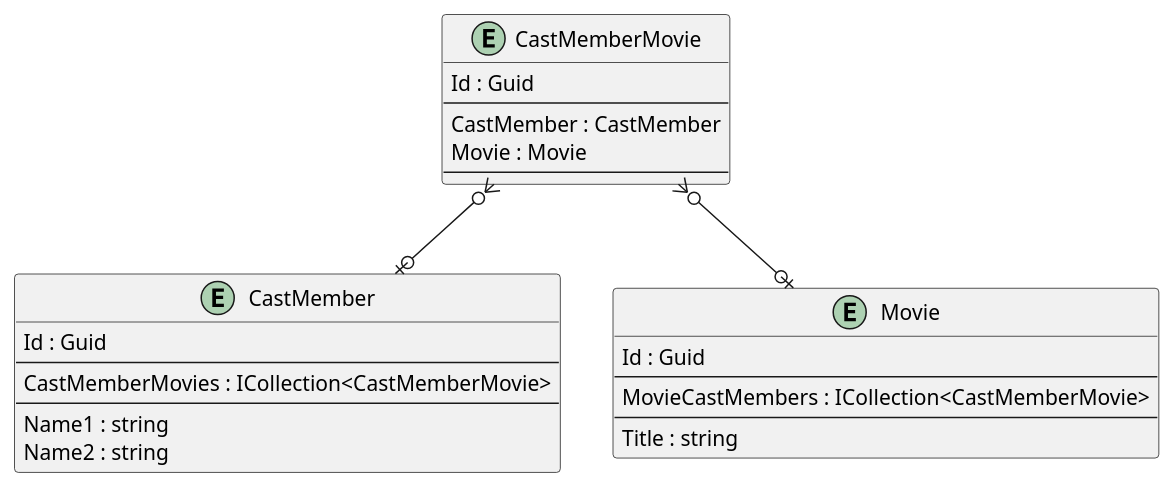
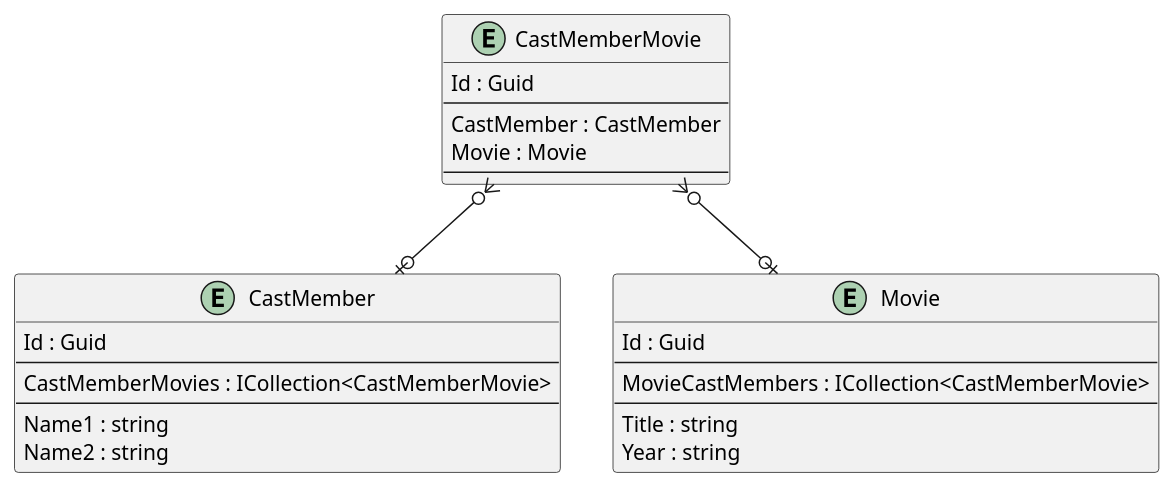
Before and after one commit to intrepion/BlazorWebAppMovies: the diagram in .docs/BlazorWebAppMovies.pu, drawn with PlantUML.

Commit message:
gawk -i inplace "{ gsub(/' MoviePropertyCodePlaceholder/, \"Year : string\n\ \ \ \ ' MoviePropertyCodePlaceholder\") }; { print }" .docs/BlazorWebAppMovies.pu

```diff
--- a/.docs/BlazorWebAppMovies.pu
+++ b/.docs/BlazorWebAppMovies.pu
@@ -1,40 +1,41 @@
 @startuml
 
 entity CastMember {
     Id : Guid
     --
     CastMemberMovies : ICollection<CastMemberMovie>
     ' CastMemberKeyCodePlaceholder
     --
     Name1 : string
     Name2 : string
     ' CastMemberPropertyCodePlaceholder
 }
 
 entity CastMemberMovie {
     Id : Guid
     --
     CastMember : CastMember
     Movie : Movie
     ' CastMemberMovieKeyCodePlaceholder
     --
     ' CastMemberMoviePropertyCodePlaceholder
 }
 
 entity Movie {
     Id : Guid
     --
     MovieCastMembers : ICollection<CastMemberMovie>
     ' MovieKeyCodePlaceholder
     --
     Title : string
+    Year : string
     ' MoviePropertyCodePlaceholder
 }
 
 ' EntityCodePlaceholder
 
 CastMemberMovie }o--o| CastMember
 CastMemberMovie }o--o| Movie
 ' RelationshipCodePlaceholder
 
 @enduml
```
